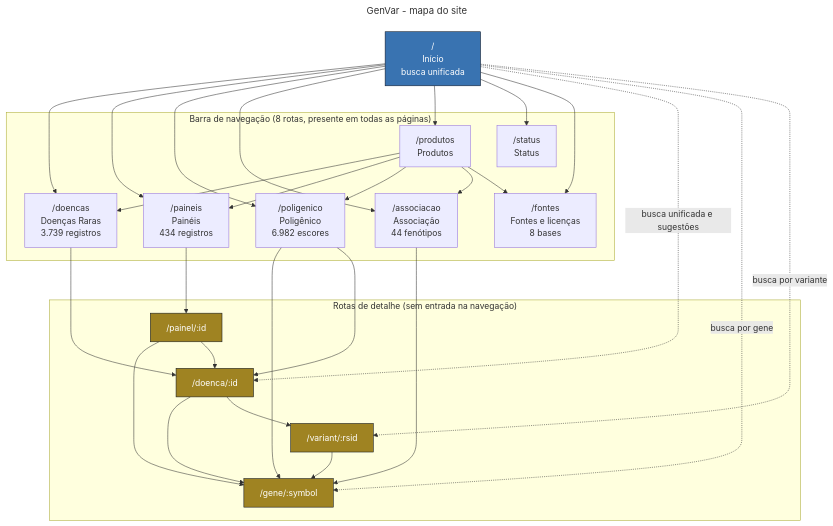
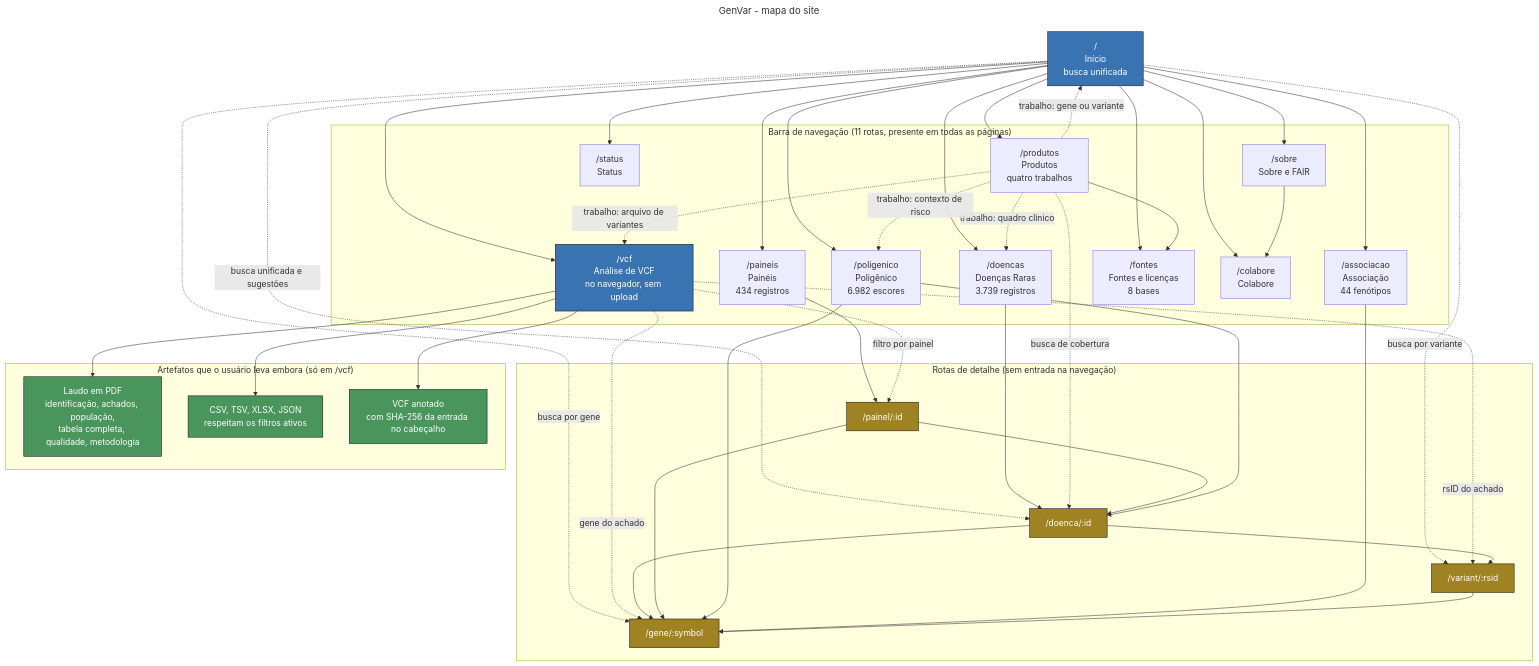
The diagram in docs/sitemap.mmd (madsondeluna/genvar), drawn with Mermaid before and after one commit. The commit also changed 1 other file, not shown here.

Commit message:
Docs: site map with the VCF module and its outputs, README on the job-based products page and the language layer

```diff
--- a/docs/sitemap.mmd
+++ b/docs/sitemap.mmd
@@ -1,58 +1,81 @@
 ---
 title: GenVar - mapa do site
 ---
 flowchart TD
   home["/<br>Início<br>busca unificada"]
 
-  subgraph nav["Barra de navegação (8 rotas, presente em todas as páginas)"]
+  subgraph nav["Barra de navegação (11 rotas, presente em todas as páginas)"]
     doencas["/doencas<br>Doenças Raras<br>3.739 registros"]
     paineis["/paineis<br>Painéis<br>434 registros"]
     polig["/poligenico<br>Poligênico<br>6.982 escores"]
     assoc["/associacao<br>Associação<br>44 fenótipos"]
-    prod["/produtos<br>Produtos"]
+    vcf["/vcf<br>Análise de VCF<br>no navegador, sem upload"]
+    prod["/produtos<br>Produtos<br>quatro trabalhos"]
     status["/status<br>Status"]
     fontes["/fontes<br>Fontes e licenças<br>8 bases"]
+    sobre["/sobre<br>Sobre e FAIR"]
+    colabore["/colabore<br>Colabore"]
   end
 
   subgraph det["Rotas de detalhe (sem entrada na navegação)"]
     doenca["/doenca/:id"]
     painel["/painel/:id"]
     gene["/gene/:symbol"]
     variant["/variant/:rsid"]
   end
 
+  subgraph saidas["Artefatos que o usuário leva embora (só em /vcf)"]
+    laudo["Laudo em PDF<br>identificação, achados, população,<br>tabela completa, qualidade, metodologia"]
+    tab["CSV, TSV, XLSX, JSON<br>respeitam os filtros ativos"]
+    vcfout["VCF anotado<br>com SHA-256 da entrada no cabeçalho"]
+  end
 
   home --> doencas
   home --> paineis
   home --> polig
   home --> assoc
+  home --> vcf
   home --> prod
   home --> status
   home --> fontes
+  home --> sobre
+  home --> colabore
 
   home -. "busca unificada e sugestões" .-> doenca
   home -. "busca por gene" .-> gene
   home -. "busca por variante" .-> variant
 
   doencas --> doenca
   paineis --> painel
-  prod --> doencas
-  prod --> paineis
-  prod --> polig
-  prod --> assoc
+
+  prod -. "trabalho: arquivo de variantes" .-> vcf
+  prod -. "trabalho: gene ou variante" .-> home
+  prod -. "trabalho: quadro clínico" .-> doencas
+  prod -. "trabalho: contexto de risco" .-> polig
+  prod -. "busca de cobertura" .-> doenca
   prod --> fontes
+
+  vcf --> laudo
+  vcf --> tab
+  vcf --> vcfout
+  vcf -. "gene do achado" .-> gene
+  vcf -. "rsID do achado" .-> variant
+  vcf -. "filtro por painel" .-> painel
 
   doenca --> gene
   doenca --> variant
   painel --> gene
   painel --> doenca
   polig --> gene
   polig --> doenca
   assoc --> gene
   variant --> gene
+  sobre --> colabore
 
   classDef entrada fill:#3973b1,stroke:#0d1321,color:#ffffff
   classDef detalhe fill:#9f8322,stroke:#0d1321,color:#ffffff
-  classDef problema fill:#ac5551,stroke:#0d1321,color:#ffffff
+  classDef artefato fill:#49955c,stroke:#0d1321,color:#ffffff
   class home entrada
+  class vcf entrada
   class doenca,painel,gene,variant detalhe
+  class laudo,tab,vcfout artefato
```
